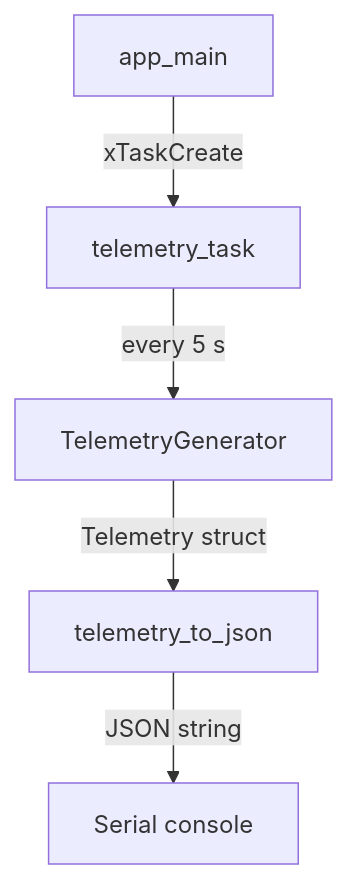
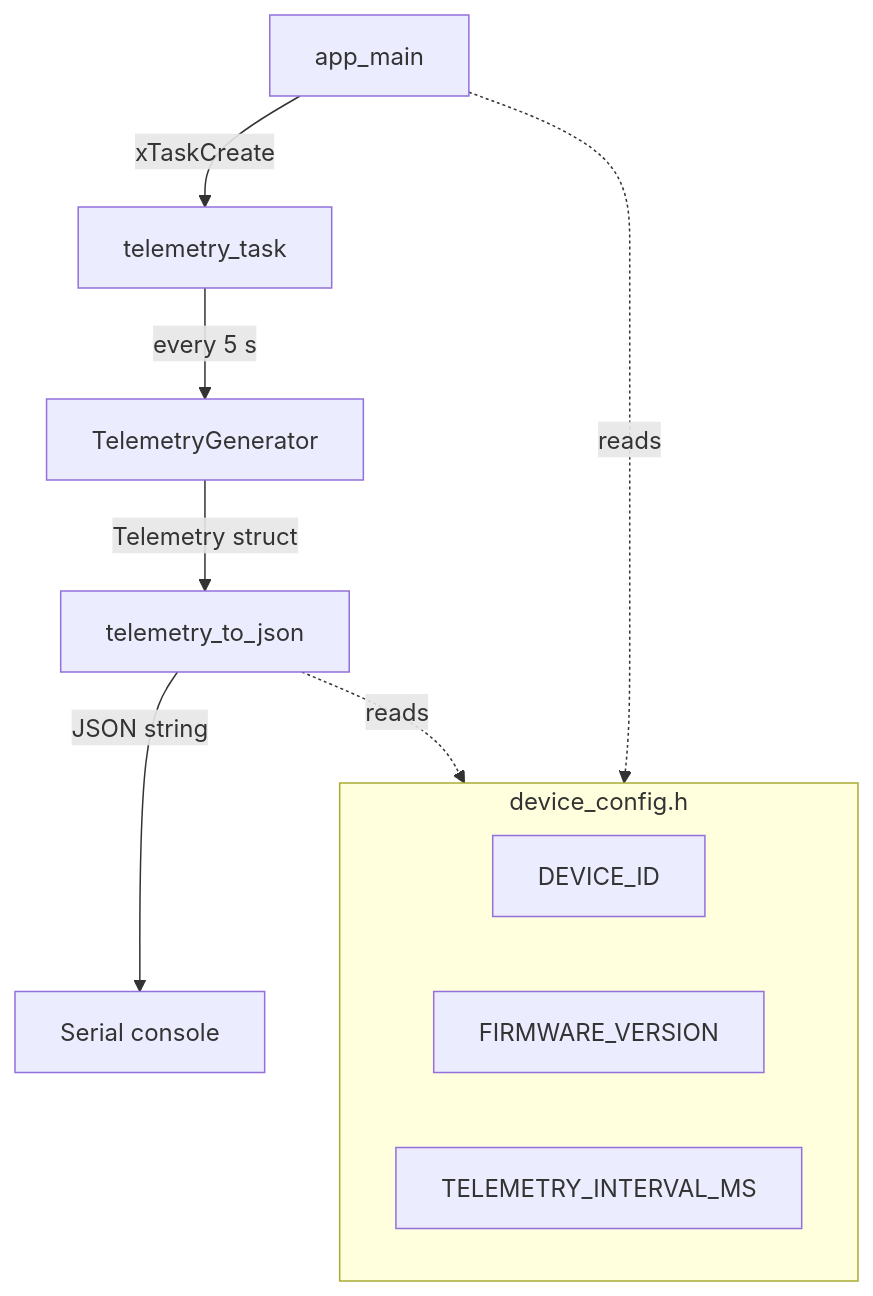
One commit to IoTEdgeConnect/firmware changed the diagram in README.md. Above: the diagram before and after it, drawn with Mermaid. The commit also changed other lines of this file and 4 other files, not shown here.

````diff
--- a/README.md
+++ b/README.md
@@ -63,7 +77,16 @@
 ```mermaid
 flowchart TD
     A[app_main] -->|xTaskCreate| B[telemetry_task]
     B -->|every 5 s| C[TelemetryGenerator]
     C -->|Telemetry struct| D[telemetry_to_json]
     D -->|JSON string| E[Serial console]
+
+    subgraph config [device_config.h]
+        F[DEVICE_ID]
+        G[FIRMWARE_VERSION]
+        H[TELEMETRY_INTERVAL_MS]
+    end
+
+    A -.->|reads| config
+    D -.->|reads| config
 ```
````
